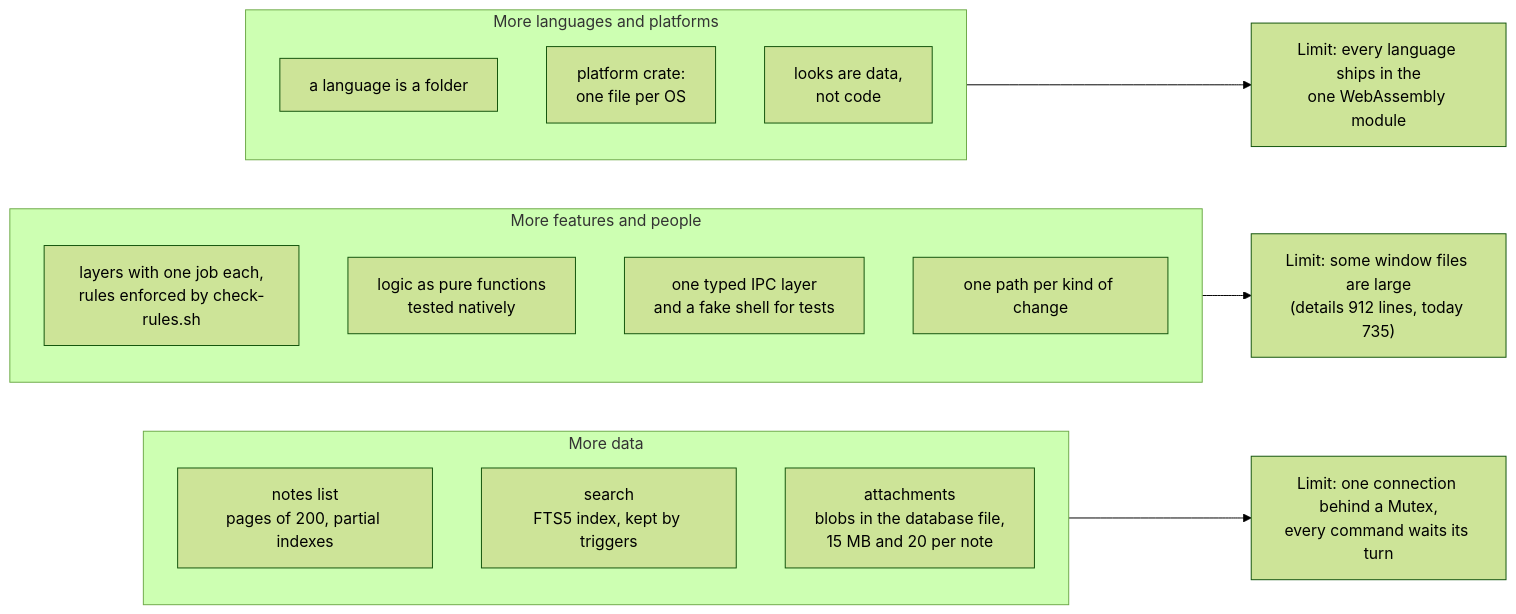
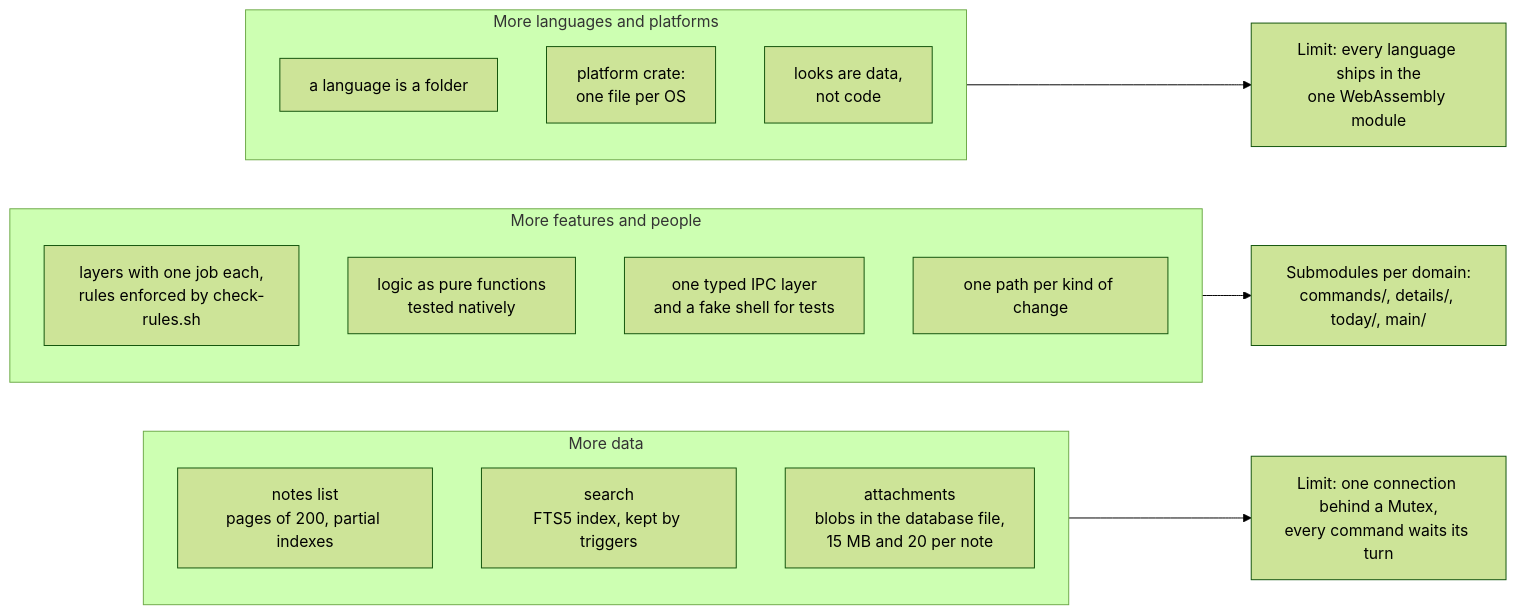
One commit to worty76/posthaste changed diagram 13 of 13 in docs/architecture.md. Above: the diagram before and after it, drawn with Mermaid (forest theme). The commit also changed other lines of this file and 29 other files, not shown here.

````diff
--- a/docs/architecture.md
+++ b/docs/architecture.md
@@ -680,25 +680,25 @@
 ```mermaid
 flowchart LR
   subgraph data["More data"]
     d1["notes list<br/>pages of 200, partial indexes"]
     d2["search<br/>FTS5 index, kept by triggers"]
     d3["attachments<br/>blobs in the database file,<br/>15 MB and 20 per note"]
   end
 
   subgraph code["More features and people"]
     c1["layers with one job each,<br/>rules enforced by check-rules.sh"]
     c2["logic as pure functions<br/>tested natively"]
     c3["one typed IPC layer<br/>and a fake shell for tests"]
     c4["one path per kind of change"]
   end
 
   subgraph world["More languages and platforms"]
     w1["a language is a folder"]
     w2["platform crate:<br/>one file per OS"]
     w3["looks are data,<br/>not code"]
   end
 
   data --> limit1["Limit: one connection behind a Mutex,<br/>every command waits its turn"]
-  code --> limit2["Limit: some window files are large<br/>(details 912 lines, today 735)"]
+  code --> limit2["Submodules per domain:<br/>commands/, details/, today/, main/"]
   world --> limit3["Limit: every language ships in the<br/>one WebAssembly module"]
 ```
````
